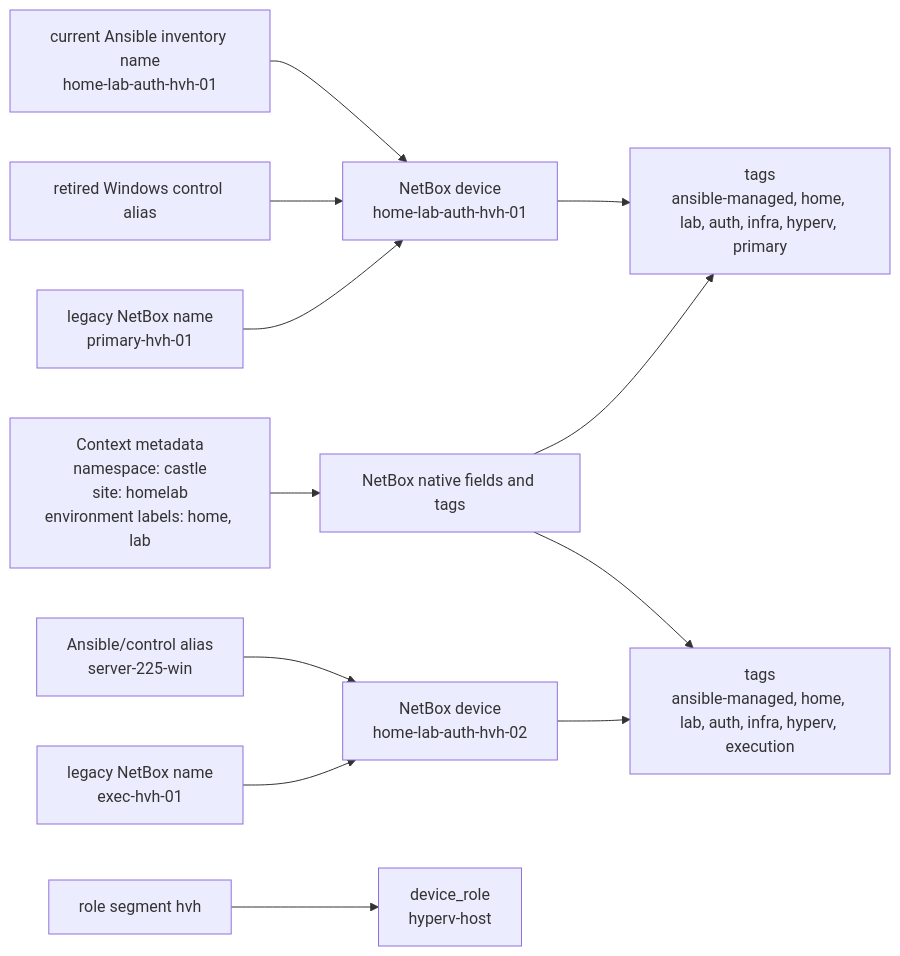
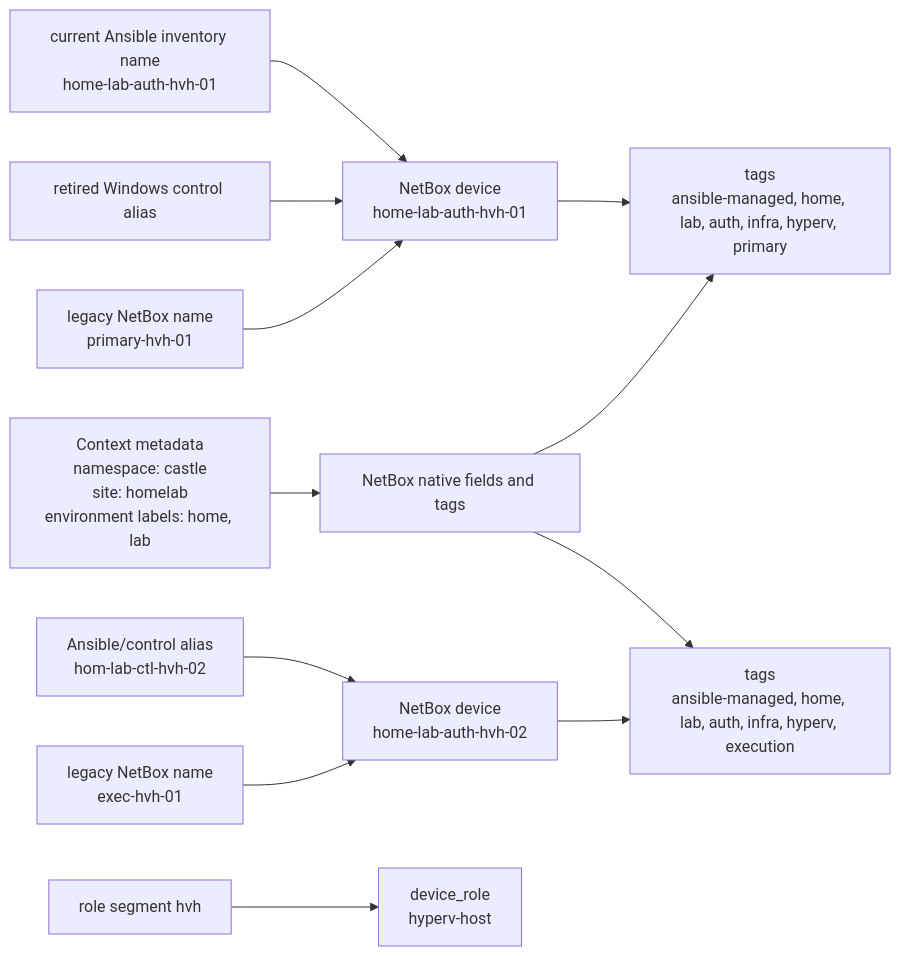
One commit to doesitscript/dotfile-vnext changed the third of 3 diagrams in docs/plans/windows-public-share-netbox-naming/README.md. Above: the diagram before and after it, drawn with Mermaid. The commit also changed other lines of this file and 63 other files, not shown here.

````diff
--- a/docs/plans/windows-public-share-netbox-naming/README.md
+++ b/docs/plans/windows-public-share-netbox-naming/README.md
@@ -114,14 +114,14 @@
 ```mermaid
 graph LR
     context[Context metadata<br/>namespace: castle<br/>site: homelab<br/>environment labels: home, lab] --> netbox[NetBox native fields and tags]
     alias1[current Ansible inventory name<br/>home-lab-auth-hvh-01] --> name1[NetBox device<br/>home-lab-auth-hvh-01]
     legacy1[retired Windows control alias] --> name1
     old1[legacy NetBox name<br/>primary-hvh-01] --> name1
-    alias2[Ansible/control alias<br/>server-225-win] --> name2[NetBox device<br/>home-lab-auth-hvh-02]
+    alias2[Ansible/control alias<br/>hom-lab-ctl-hvh-02] --> name2[NetBox device<br/>home-lab-auth-hvh-02]
     old2[legacy NetBox name<br/>exec-hvh-01] --> name2
     role[role segment hvh] --> fullrole[device_role<br/>hyperv-host]
     name1 --> tags1[tags<br/>ansible-managed, home, lab, auth, infra, hyperv, primary]
     name2 --> tags2[tags<br/>ansible-managed, home, lab, auth, infra, hyperv, execution]
     netbox --> tags1
     netbox --> tags2
 ```
````
